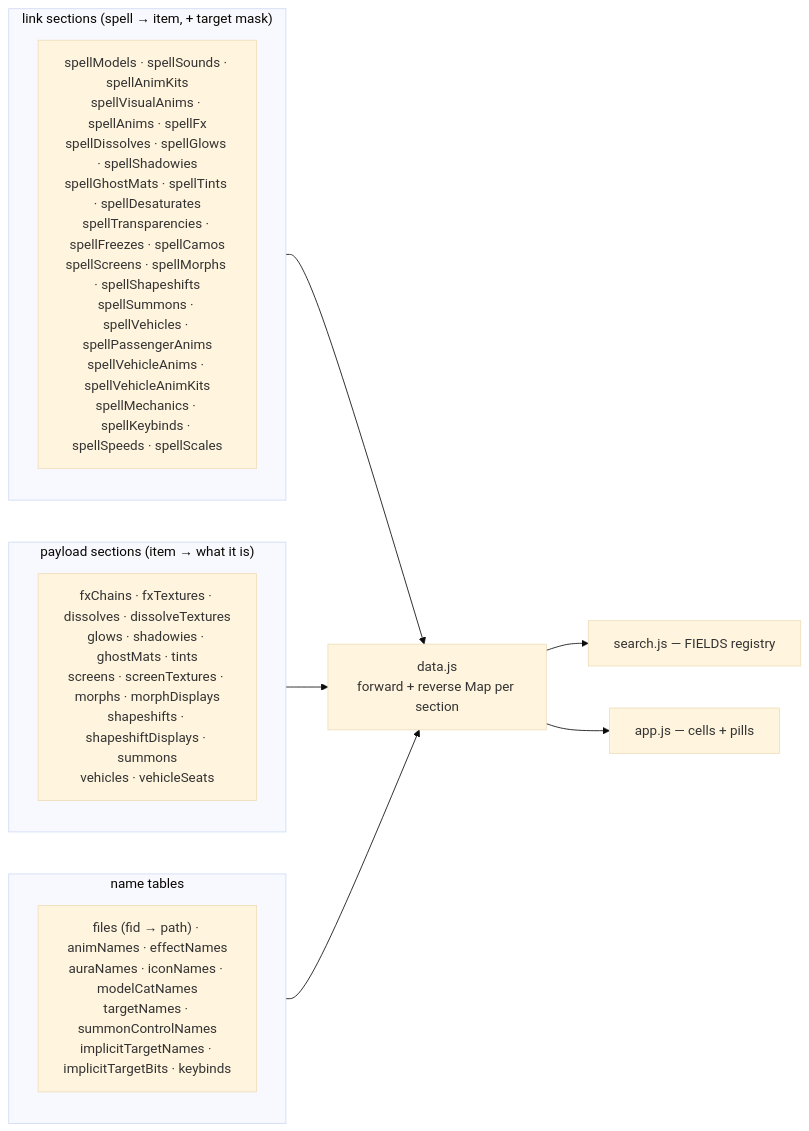
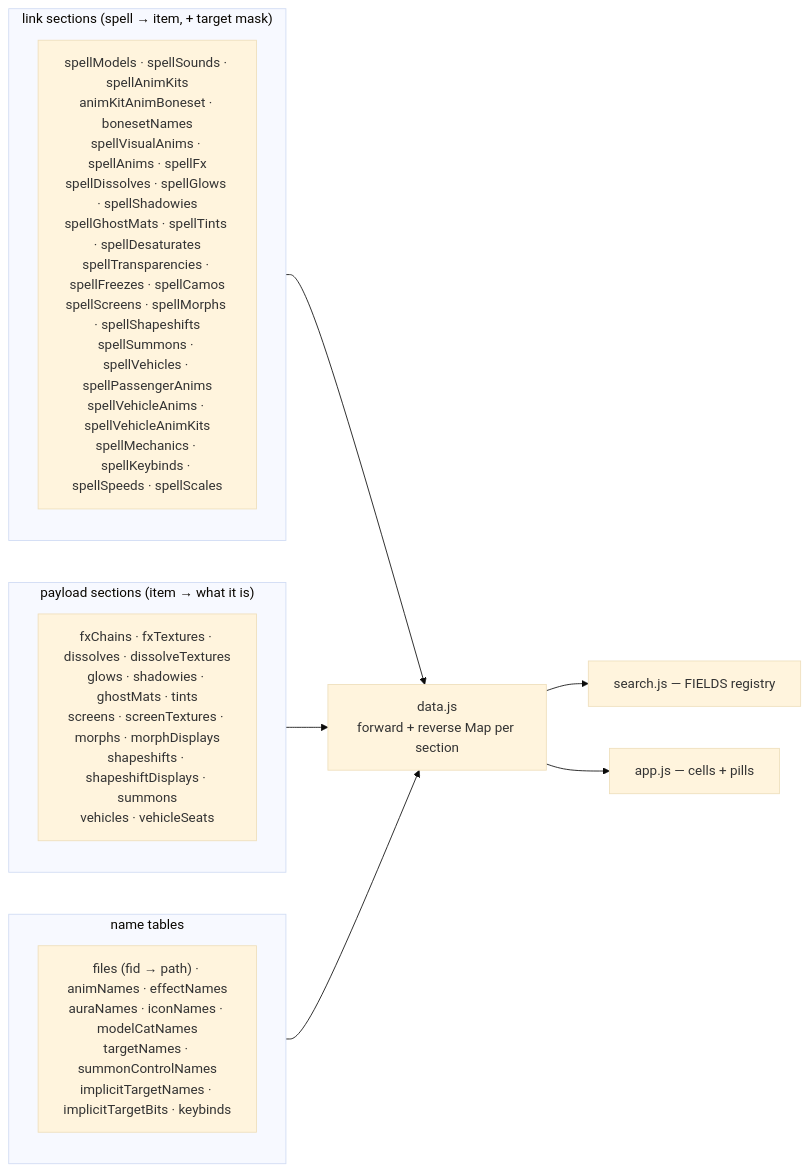
One commit to Natans8/Epsilook changed diagram 19 of 20 in DATA_ROUTES.md. Above: the diagram before and after it, drawn with Mermaid (base theme). The commit also changed other lines of this file and 18 other files, not shown here.

````diff
--- a/DATA_ROUTES.md
+++ b/DATA_ROUTES.md
@@ -901,17 +933,17 @@
 ```mermaid
 flowchart LR
   subgraph LINK["link sections (spell → item, + target mask)"]
-    L1["spellModels · spellSounds · spellAnimKits<br/>spellVisualAnims · spellAnims · spellFx<br/>spellDissolves · spellGlows · spellShadowies<br/>spellGhostMats · spellTints · spellDesaturates<br/>spellTransparencies · spellFreezes · spellCamos<br/>spellScreens · spellMorphs · spellShapeshifts<br/>spellSummons · spellVehicles · spellPassengerAnims<br/>spellVehicleAnims · spellVehicleAnimKits<br/>spellMechanics · spellKeybinds · spellSpeeds · spellScales"]
+    L1["spellModels · spellSounds · spellAnimKits<br/>animKitAnimBoneset · bonesetNames<br/>spellVisualAnims · spellAnims · spellFx<br/>spellDissolves · spellGlows · spellShadowies<br/>spellGhostMats · spellTints · spellDesaturates<br/>spellTransparencies · spellFreezes · spellCamos<br/>spellScreens · spellMorphs · spellShapeshifts<br/>spellSummons · spellVehicles · spellPassengerAnims<br/>spellVehicleAnims · spellVehicleAnimKits<br/>spellMechanics · spellKeybinds · spellSpeeds · spellScales"]
   end
   subgraph PAY["payload sections (item → what it is)"]
     P1["fxChains · fxTextures · dissolves · dissolveTextures<br/>glows · shadowies · ghostMats · tints<br/>screens · screenTextures · morphs · morphDisplays<br/>shapeshifts · shapeshiftDisplays · summons<br/>vehicles · vehicleSeats"]
   end
   subgraph NAME["name tables"]
     N1["files (fid → path) · animNames · effectNames<br/>auraNames · iconNames · modelCatNames<br/>targetNames · summonControlNames<br/>implicitTargetNames · implicitTargetBits · keybinds"]
   end
   LINK --> IDX["data.js<br/>forward + reverse Map per section"]
   PAY --> IDX
   NAME --> IDX
   IDX --> Q["search.js — FIELDS registry"]
   IDX --> R["app.js — cells + pills"]
 ```
````
